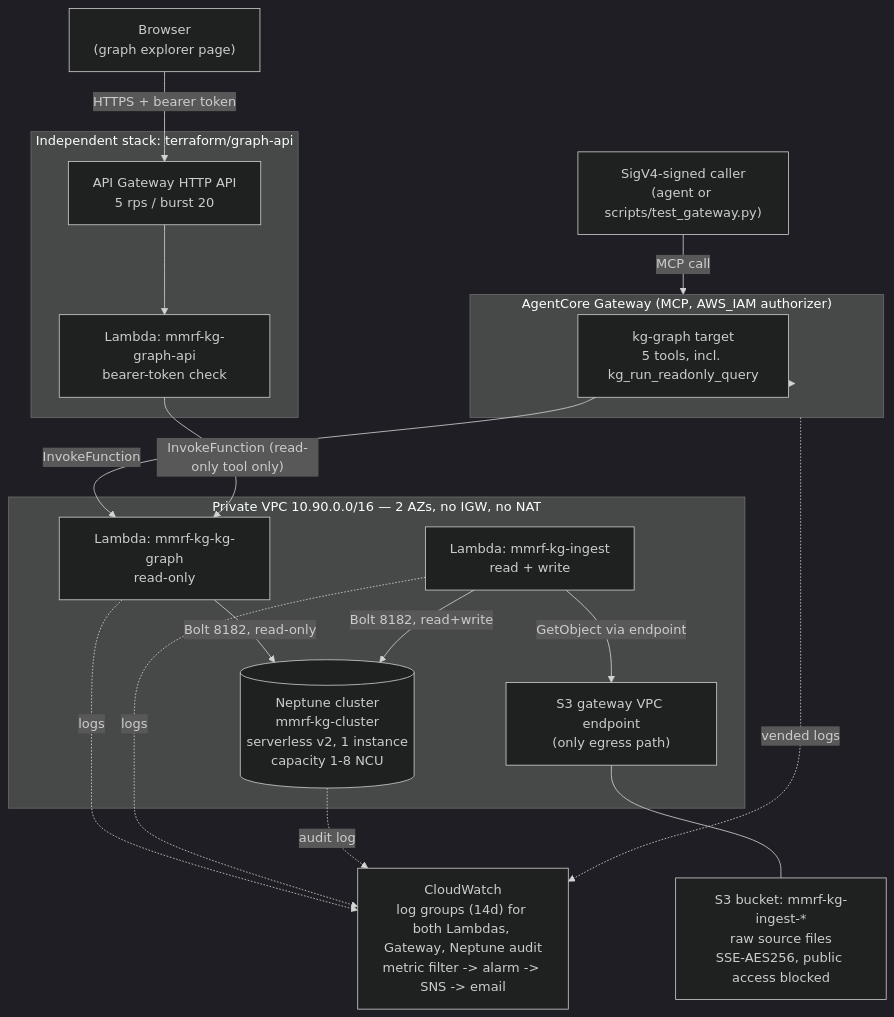
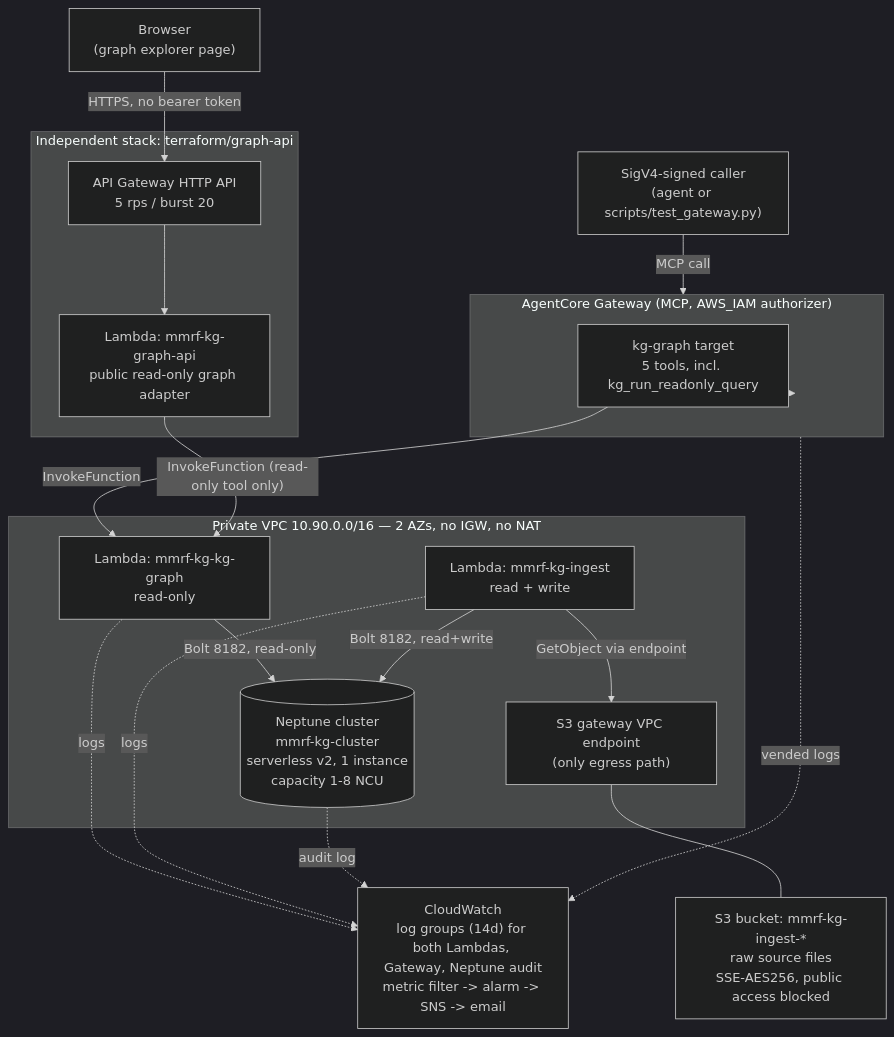
Before and after one commit to lhnminh/MMRF-KnowledgeGraph: the diagram in docs/architecture.md, drawn with Mermaid (dark theme). The commit also changed 9 other files, not shown here.

Commit message:
no need for the bearer token for now

````diff
--- a/docs/architecture.md
+++ b/docs/architecture.md
@@ -13,43 +13,43 @@
 ```mermaid
 flowchart TB
     caller["SigV4-signed caller<br/>(agent or scripts/test_gateway.py)"]
     browser["Browser<br/>(graph explorer page)"]
 
     subgraph gw["AgentCore Gateway (MCP, AWS_IAM authorizer)"]
         target["kg-graph target<br/>5 tools, incl. kg_run_readonly_query"]
     end
 
     subgraph vpc["Private VPC 10.90.0.0/16 — 2 AZs, no IGW, no NAT"]
         kggraph["Lambda: mmrf-kg-kg-graph<br/>read-only"]
         kgingest["Lambda: mmrf-kg-ingest<br/>read + write"]
         neptune[("Neptune cluster<br/>mmrf-kg-cluster<br/>serverless v2, 1 instance<br/>capacity 1-8 NCU")]
         s3endpoint["S3 gateway VPC endpoint<br/>(only egress path)"]
     end
 
     s3["S3 bucket: mmrf-kg-ingest-*<br/>raw source files<br/>SSE-AES256, public access blocked"]
 
     subgraph graphapi["Independent stack: terraform/graph-api"]
         apigw["API Gateway HTTP API<br/>5 rps / burst 20"]
-        apilambda["Lambda: mmrf-kg-graph-api<br/>bearer-token check"]
+        apilambda["Lambda: mmrf-kg-graph-api<br/>public read-only graph adapter"]
     end
 
     cw["CloudWatch<br/>log groups (14d) for both Lambdas, Gateway, Neptune audit<br/>metric filter -> alarm -> SNS -> email"]
 
     caller -->|"MCP call"| gw
     gw --> target
     target -->|"InvokeFunction"| kggraph
     kggraph -->|"Bolt 8182, read-only"| neptune
 
     kgingest -->|"Bolt 8182, read+write"| neptune
     kgingest -->|"GetObject via endpoint"| s3endpoint
     s3endpoint --- s3
 
-    browser -->|"HTTPS + bearer token"| apigw
+    browser -->|"HTTPS, no bearer token"| apigw
     apigw --> apilambda
     apilambda -->|"InvokeFunction (read-only tool only)"| kggraph
 
     kggraph -.->|"logs"| cw
     kgingest -.->|"logs"| cw
     gw -.->|"vended logs"| cw
     neptune -.->|"audit log"| cw
 ```
````
